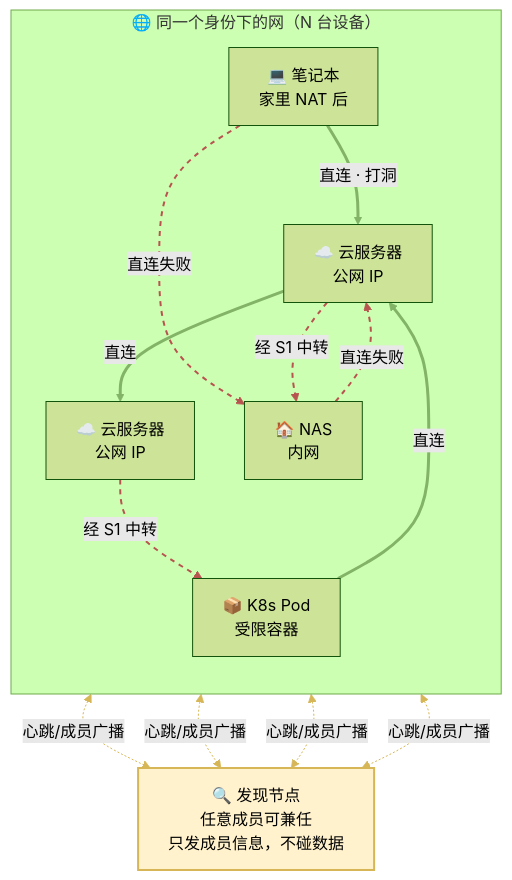
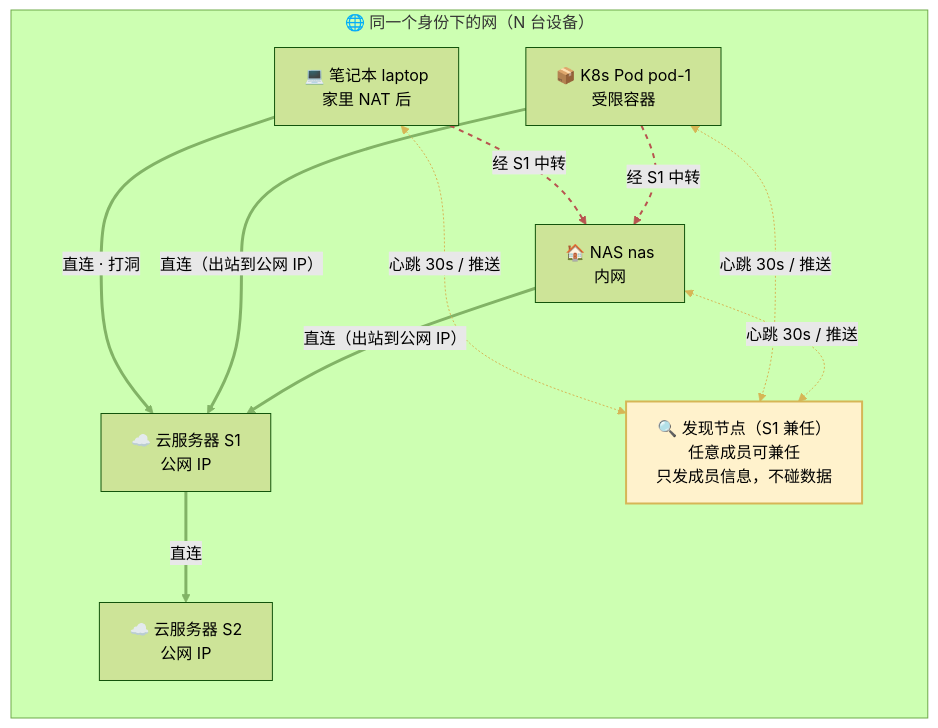
One commit to muzimu217/container-mesh changed the diagram in docs/diagrams/mesh.mmd. Above: the diagram before and after it, drawn with Mermaid (forest theme). The commit also changed 9 other files, not shown here.

```diff
--- a/docs/diagrams/mesh.mmd
+++ b/docs/diagrams/mesh.mmd
@@ -1,28 +1,31 @@
 flowchart TB
     subgraph NET["🌐 同一个身份下的网（N 台设备）"]
         direction TB
-        L["💻 笔记本<br/>家里 NAT 后"]
-        S1["☁️ 云服务器<br/>公网 IP"]
-        S2["☁️ 云服务器<br/>公网 IP"]
-        K["📦 K8s Pod<br/>受限容器"]
-        N["🏠 NAS<br/>内网"]
+        L["💻 笔记本 laptop<br/>家里 NAT 后"]
+        S1["☁️ 云服务器 S1<br/>公网 IP"]
+        S2["☁️ 云服务器 S2<br/>公网 IP"]
+        K["📦 K8s Pod pod-1<br/>受限容器"]
+        N["🏠 NAS nas<br/>内网"]
+
+        D["🔍 发现节点（S1 兼任）<br/>任意成员可兼任<br/>只发成员信息，不碰数据"]:::disc
     end
 
+    %% 直连：任何能出站的节点都能直接连上公网 IP 的 S1/S2
     L ==>|"直连 · 打洞"| S1
     S1 ==>|"直连"| S2
-    K ==>|"直连"| S1
-    N -.->|"直连失败"| S1
-    L -.->|"直连失败"| N
-    S1 -.->|"经 S1 中转"| N
-    S2 -.->|"经 S1 中转"| K
+    K ==>|"直连（出站到公网 IP）"| S1
+    N ==>|"直连（出站到公网 IP）"| S1
 
-    D["🔍 发现节点<br/>任意成员可兼任<br/>只发成员信息，不碰数据"]:::disc
-    S1 <-.->|"心跳/成员广播"| D
-    L <-.->|"心跳/成员广播"| D
-    K <-.->|"心跳/成员广播"| D
-    N <-.->|"心跳/成员广播"| D
+    %% 中转：两个都在 NAT 后的节点互相不可达，经 S1 转发
+    L -.->|"经 S1 中转"| N
+    K -.->|"经 S1 中转"| N
+
+    %% 发现：成员心跳，D 在网内
+    L <-.->|"心跳 30s / 推送"| D
+    K <-.->|"心跳 30s / 推送"| D
+    N <-.->|"心跳 30s / 推送"| D
 
     classDef disc fill:#fff2cc,stroke:#d6b656,stroke-width:2px
-    linkStyle 0,1,2 stroke:#82b366,stroke-width:3px
-    linkStyle 3,4,5,6 stroke:#b85450,stroke-width:2px,stroke-dasharray:5 5
-    linkStyle 7,8,9,10 stroke:#d6b656,stroke-width:1px
+    linkStyle 0,1,2,3 stroke:#82b366,stroke-width:3px
+    linkStyle 4,5 stroke:#b85450,stroke-width:2px,stroke-dasharray:5 5
+    linkStyle 6,7,8 stroke:#d6b656,stroke-width:1px
```
